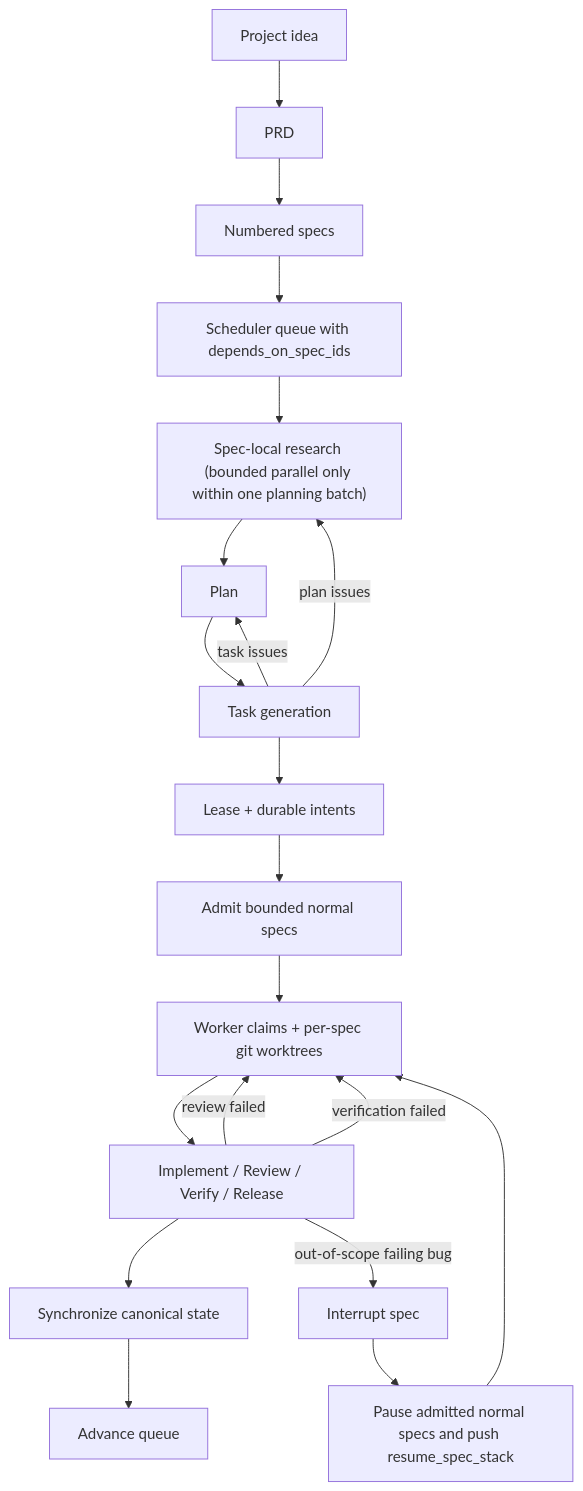
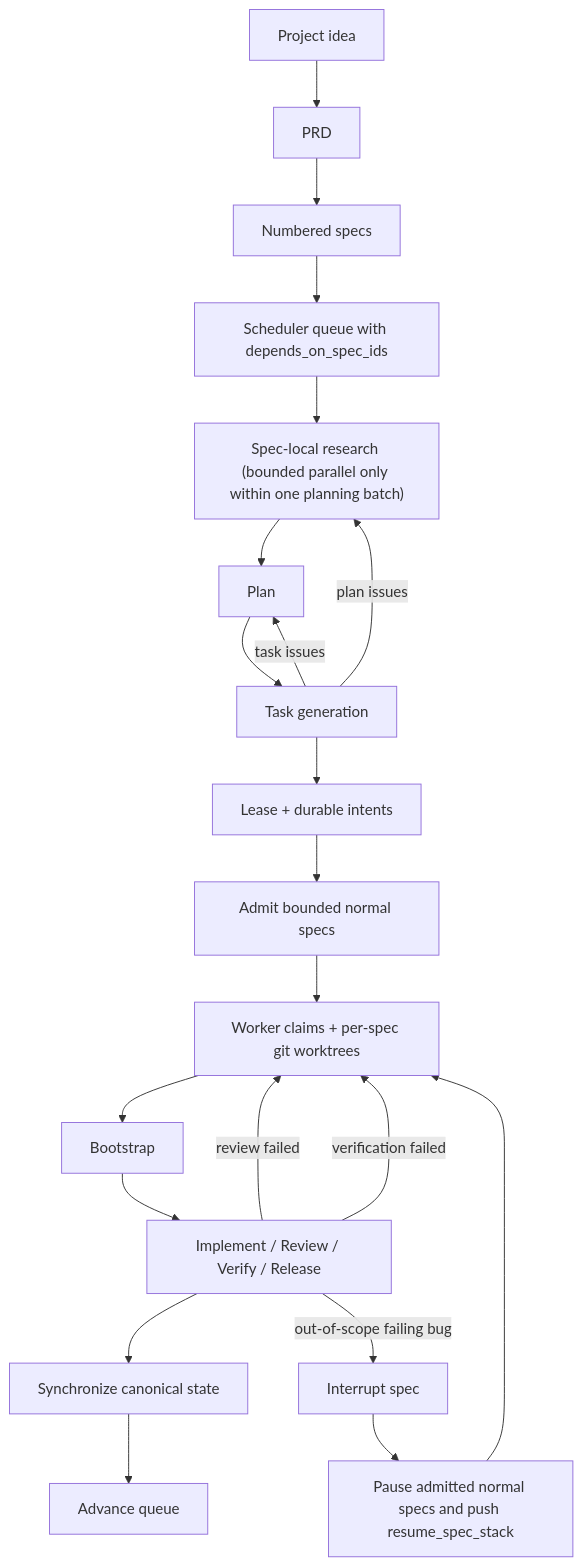
One commit to tolulawson/ralph-harness changed the diagram in README.md. Above: the diagram before and after it, drawn with Mermaid. The commit also changed other lines of this file and 12 other files, not shown here.

````diff
--- a/README.md
+++ b/README.md
@@ -148,22 +148,23 @@
 ```mermaid
 flowchart TD
     A["Project idea"] --> B["PRD"]
     B --> C["Numbered specs"]
     C --> D["Scheduler queue with depends_on_spec_ids"]
     D --> E["Spec-local research (bounded parallel only within one planning batch)"]
     E --> F["Plan"]
     F --> G["Task generation"]
     G --> H["Lease + durable intents"]
     H --> I["Admit bounded normal specs"]
     I --> J["Worker claims + per-spec git worktrees"]
-    J --> K["Implement / Review / Verify / Release"]
-    K --> L["Synchronize canonical state"]
-    L --> M["Advance queue"]
+    J --> K["Bootstrap"]
+    K --> L["Implement / Review / Verify / Release"]
+    L --> M["Synchronize canonical state"]
+    M --> P["Advance queue"]
     G -- "plan issues" --> E
     G -- "task issues" --> F
-    K -- "review failed" --> J
-    K -- "verification failed" --> J
-    K -- "out-of-scope failing bug" --> N["Interrupt spec"]
+    L -- "review failed" --> J
+    L -- "verification failed" --> J
+    L -- "out-of-scope failing bug" --> N["Interrupt spec"]
     N --> O["Pause admitted normal specs and push resume_spec_stack"]
     O --> J
 ```
````
